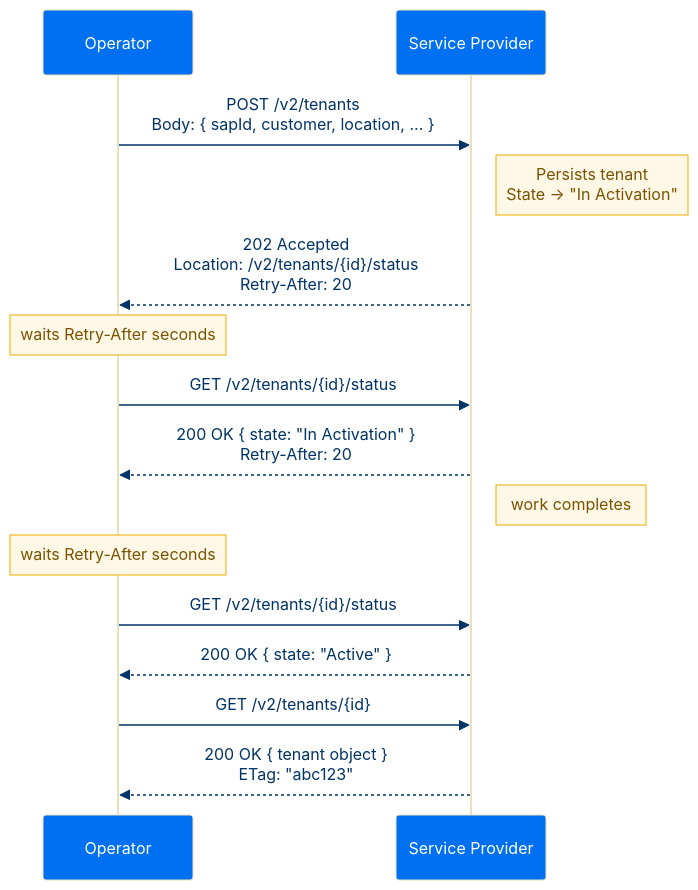
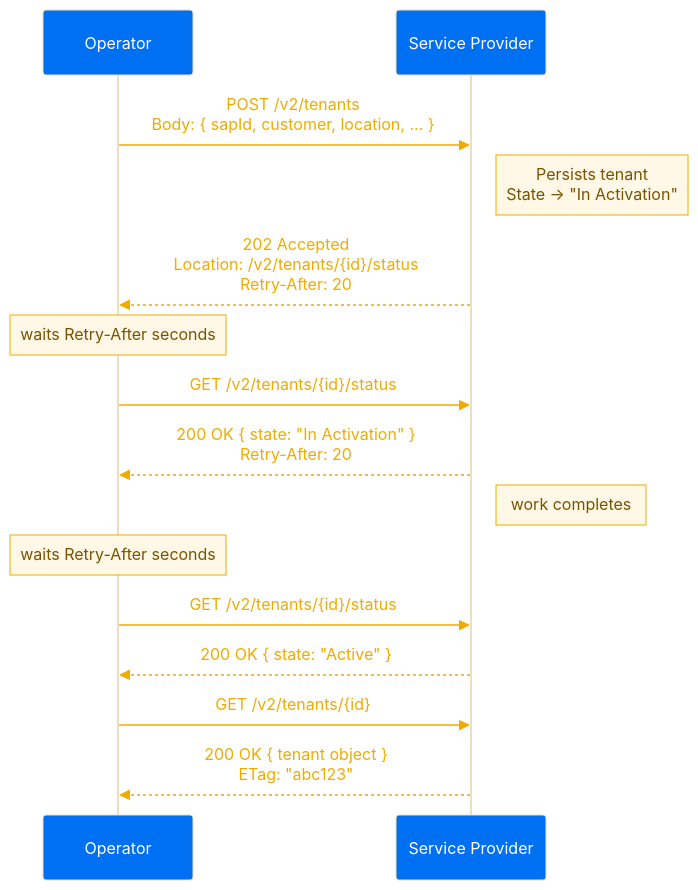
One commit to SAP-samples/SPFI-Reference-Application changed the second of 8 diagrams in README.md. Above: the diagram before and after it, drawn with Mermaid. The commit also changed other lines of this file and 1 other file, not shown here.

````diff
--- a/README.md
+++ b/README.md
@@ -188,24 +95,24 @@
 ```mermaid
-%%{init: {'theme': 'base', 'themeVariables': {'actorBkg': '#0070F2', 'actorTextColor': '#ffffff', 'actorBorderColor': '#003366', 'noteBkgColor': '#FFF8E6', 'noteBorderColor': '#F0AB00', 'noteTextColor': '#7A5200', 'activationBkgColor': '#E8F1FB', 'activationBorderColor': '#0070F2', 'sequenceNumberColor': '#ffffff', 'signalColor': '#003366', 'signalTextColor': '#003366', 'labelBoxBkgColor': '#E8F1FB', 'labelTextColor': '#003366'}}}%%
+%%{init: {'theme': 'base', 'themeVariables': {'actorBkg': '#0070F2', 'actorTextColor': '#ffffff', 'actorBorderColor': '#003366', 'noteBkgColor': '#FFF8E6', 'noteBorderColor': '#F0AB00', 'noteTextColor': '#7A5200', 'activationBkgColor': '#E8F1FB', 'activationBorderColor': '#0070F2', 'sequenceNumberColor': '#ffffff', 'signalColor': '#F0AB00', 'signalTextColor': '#F0AB00', 'labelBoxBkgColor': '#E8F1FB', 'labelTextColor': '#003366'}}}%%
 sequenceDiagram
     participant OP as Operator
     participant SP as Service Provider
 
     OP->>SP: POST /v2/tenants<br/>Body: { sapId, customer, location, ... }
     note right of SP: Persists tenant<br/>State → "In Activation"
     SP-->>OP: 202 Accepted<br/>Location: /v2/tenants/{id}/status<br/>Retry-After: 20
 
     note over OP: waits Retry-After seconds
 
     OP->>SP: GET /v2/tenants/{id}/status
     SP-->>OP: 200 OK { state: "In Activation" }<br/>Retry-After: 20
 
     note right of SP: work completes
     note over OP: waits Retry-After seconds
 
     OP->>SP: GET /v2/tenants/{id}/status
     SP-->>OP: 200 OK { state: "Active" }
 
     OP->>SP: GET /v2/tenants/{id}
     SP-->>OP: 200 OK { tenant object }<br/>ETag: "abc123"
 ```
````
